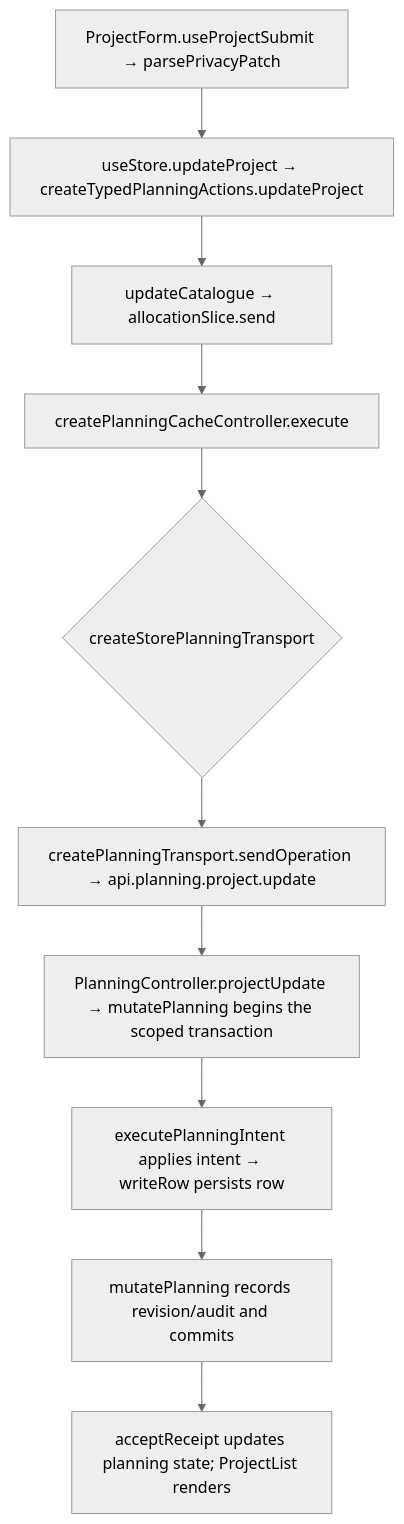
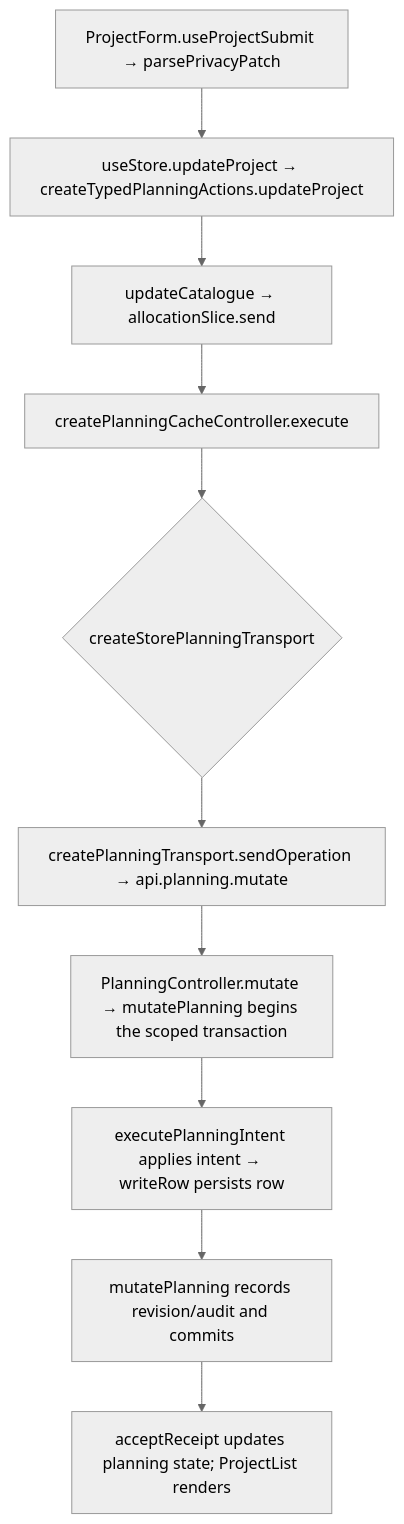
The second of 2 diagrams in user-stories/projects/US-PRJ-05-private-project-code-name.md (Kevinjohn/capacitylens), drawn with Mermaid (neutral theme) before and after one commit. The commit also changed 115 other files, not shown here.

````diff
--- a/user-stories/projects/US-PRJ-05-private-project-code-name.md
+++ b/user-stories/projects/US-PRJ-05-private-project-code-name.md
@@ -36,8 +36,8 @@
 ```mermaid
 flowchart TD
   A["ProjectForm.useProjectSubmit → parsePrivacyPatch"] --> B["useStore.updateProject → createTypedPlanningActions.updateProject"]
   B --> C["updateCatalogue → allocationSlice.send"]
   C --> D["createPlanningCacheController.execute"] --> E{"createStorePlanningTransport"}
-  E --> F["createPlanningTransport.sendOperation → api.planning.project.update"] --> G["PlanningController.projectUpdate → mutatePlanning begins the scoped transaction"]
+  E --> F["createPlanningTransport.sendOperation → api.planning.mutate"] --> G["PlanningController.mutate → mutatePlanning begins the scoped transaction"]
   G --> H["executePlanningIntent applies intent → writeRow persists row"] --> K["mutatePlanning records revision/audit and commits"] --> J["acceptReceipt updates planning state; ProjectList renders"]
 ```
````
